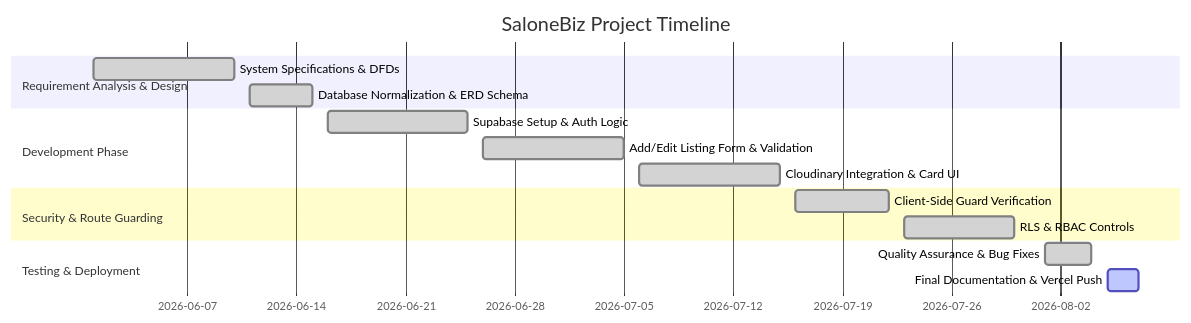
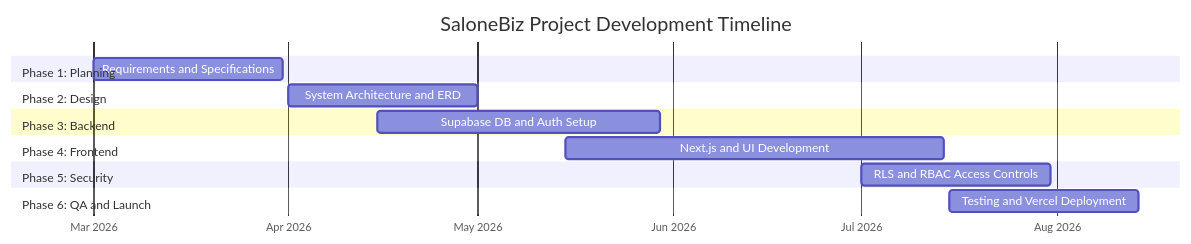
The sixth of 8 diagrams in docs/PROJECT_SYNOPSIS.md (georgemacarthy701-blip/SaloneBiz), drawn with Mermaid before and after one commit. The commit also changed 1 other file, not shown here.

Commit message:
Update Gantt chart layout to fix text overlap

````diff
--- a/docs/PROJECT_SYNOPSIS.md
+++ b/docs/PROJECT_SYNOPSIS.md
@@ -234,18 +234,18 @@
 ```mermaid
 gantt
-    title SaloneBiz Project Timeline
-    dateFormat  YYYY-MM-DD
-    section Requirement Analysis & Design
-    System Specifications & DFDs       :done,    des1, 2026-06-01, 2026-06-10
-    Database Normalization & ERD Schema :done,    des2, 2026-06-11, 2026-06-15
-    section Development Phase
-    Supabase Setup & Auth Logic        :done,    dev1, 2026-06-16, 2026-06-25
-    Add/Edit Listing Form & Validation  :done,    dev2, 2026-06-26, 2026-07-05
-    Cloudinary Integration & Card UI   :done,    dev3, 2026-07-06, 2026-07-15
-    section Security & Route Guarding
-    Client-Side Guard Verification     :done,    sec1, 2026-07-16, 2026-07-22
-    RLS & RBAC Controls                :done,    sec2, 2026-07-23, 2026-07-30
-    section Testing & Deployment
-    Quality Assurance & Bug Fixes      :done,    test1, 2026-08-01, 2026-08-04
-    Final Documentation & Vercel Push  :active,  test2, 2026-08-05, 2026-08-07
+    title SaloneBiz Project Development Timeline
+    dateFormat YYYY-MM-DD
+    axisFormat %b %Y
+    section Phase 1: Planning
+        Requirements and Specifications :a1, 2026-03-01, 30d
+    section Phase 2: Design
+        System Architecture and ERD     :a2, 2026-04-01, 30d
+    section Phase 3: Backend
+        Supabase DB and Auth Setup      :a3, 2026-04-15, 45d
+    section Phase 4: Frontend
+        Next.js and UI Development      :a4, 2026-05-15, 60d
+    section Phase 5: Security
+        RLS and RBAC Access Controls    :a5, 2026-07-01, 30d
+    section Phase 6: QA and Launch
+        Testing and Vercel Deployment   :a6, 2026-07-15, 30d
 ```
````
